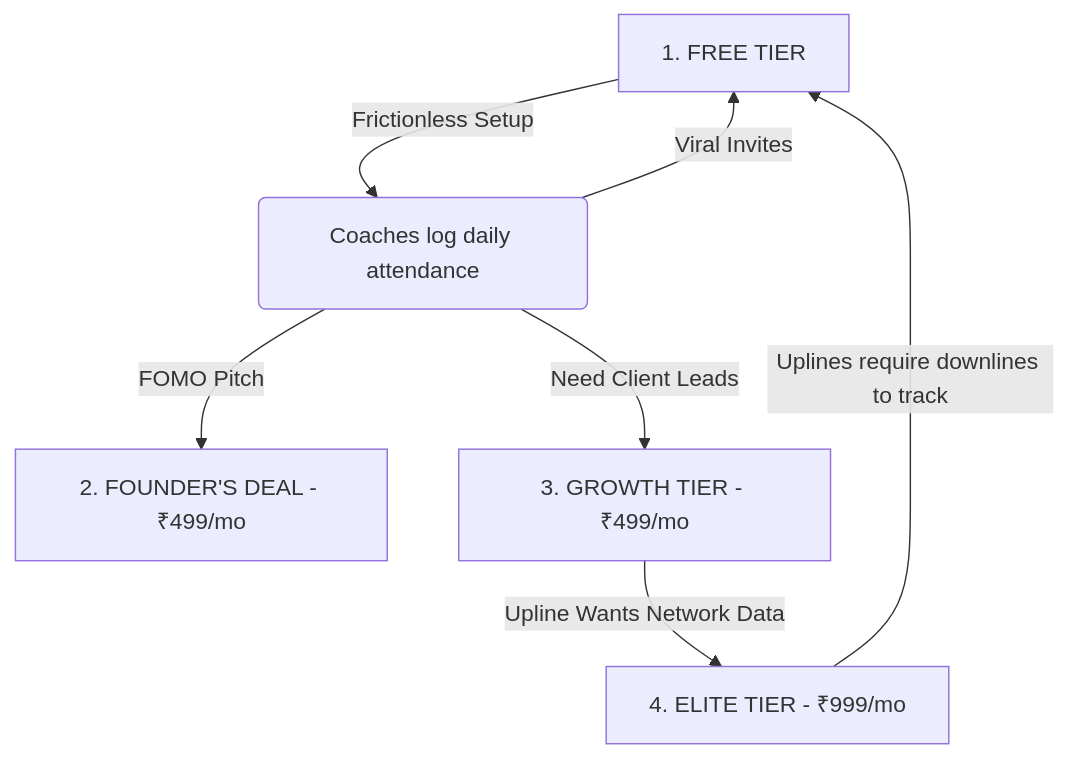
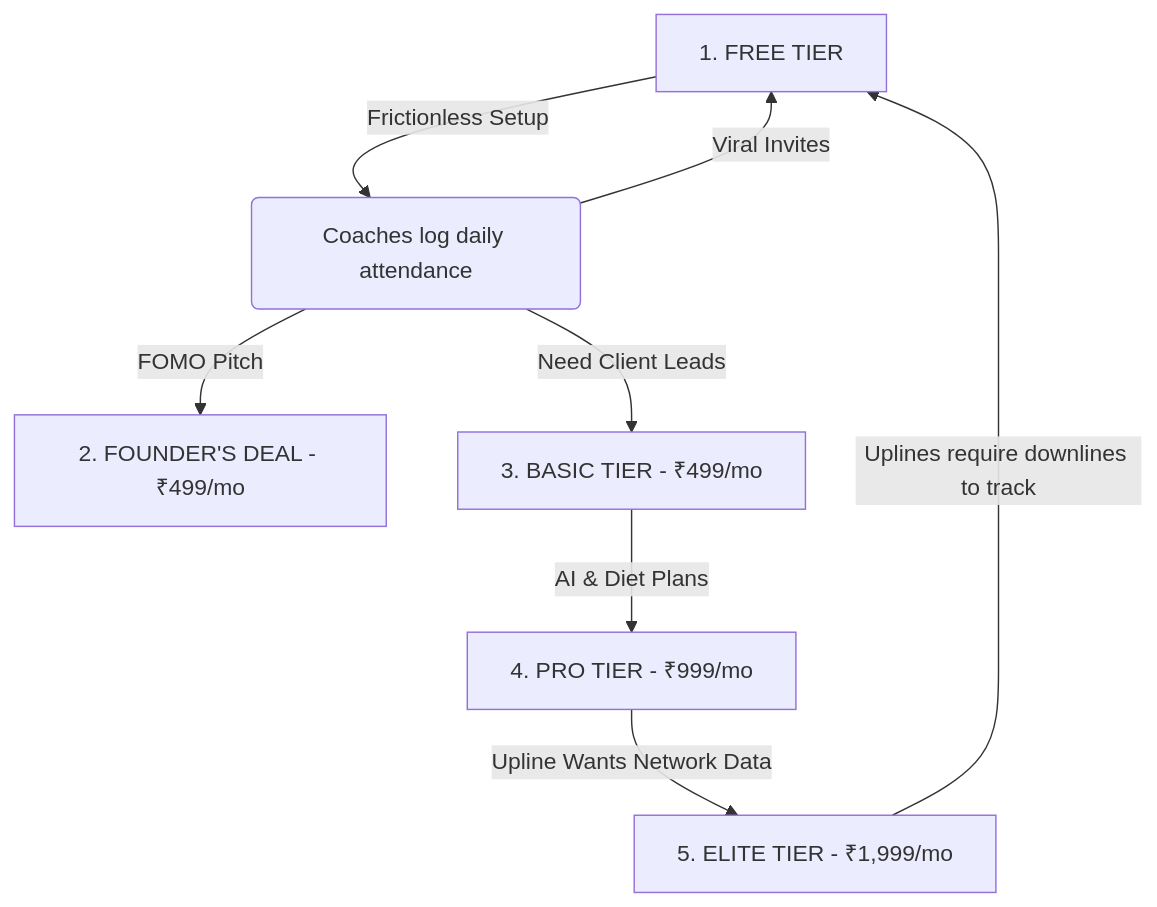
The diagram in PLANS.md (Manojnagam/PulseIQ), drawn with Mermaid before and after one commit. The commit also changed other lines of this file, not shown here.

Commit message:
Update PLANS.md to align pricing tiers and customer limits with the codebase

````diff
--- a/PLANS.md
+++ b/PLANS.md
@@ -73,9 +89,10 @@
 ```mermaid
 graph TD
     A[1. FREE TIER] -->|Frictionless Setup| B(Coaches log daily attendance)
     B -->|Viral Invites| A
     B -->|FOMO Pitch| C[2. FOUNDER'S DEAL - ₹499/mo]
-    B -->|Need Client Leads| D[3. GROWTH TIER - ₹499/mo]
-    D -->|Upline Wants Network Data| E[4. ELITE TIER - ₹999/mo]
-    E -->|Uplines require downlines to track| A
+    B -->|Need Client Leads| D[3. BASIC TIER - ₹499/mo]
+    D -->|AI & Diet Plans| E[4. PRO TIER - ₹999/mo]
+    E -->|Upline Wants Network Data| F[5. ELITE TIER - ₹1,999/mo]
+    F -->|Uplines require downlines to track| A
 ```
````
